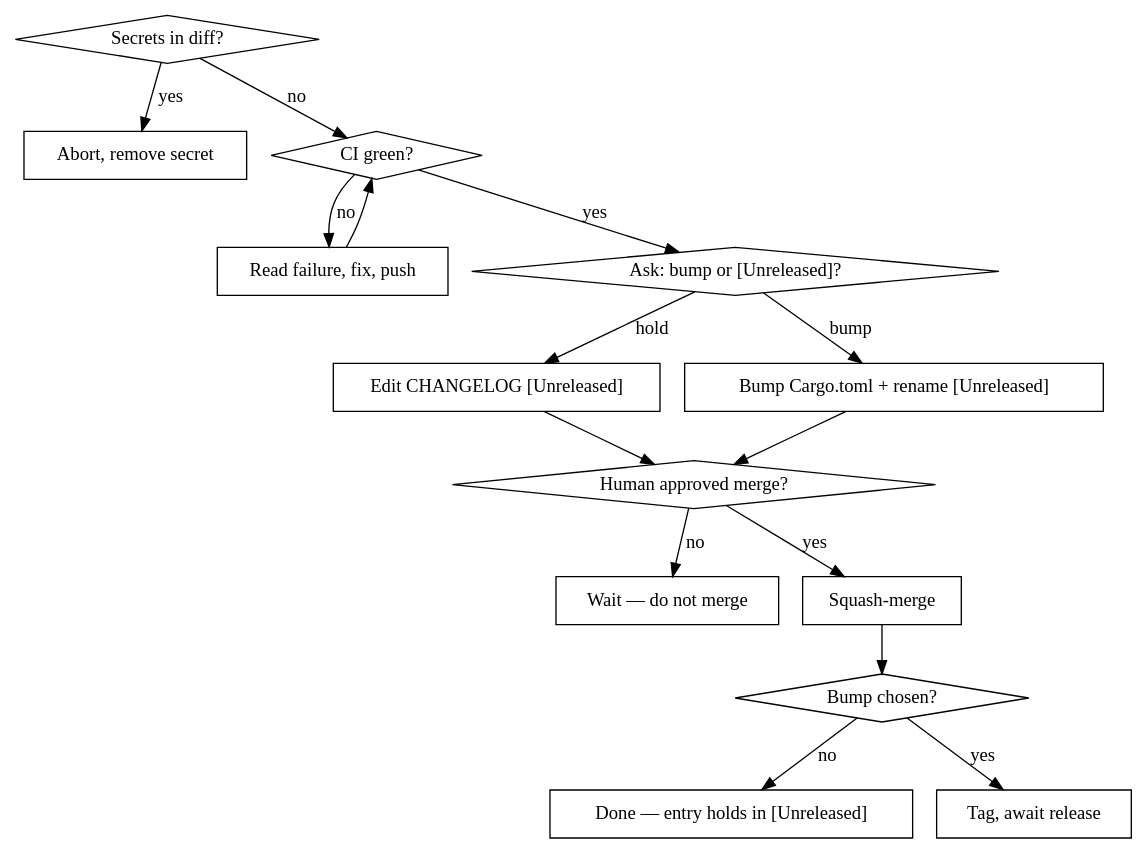
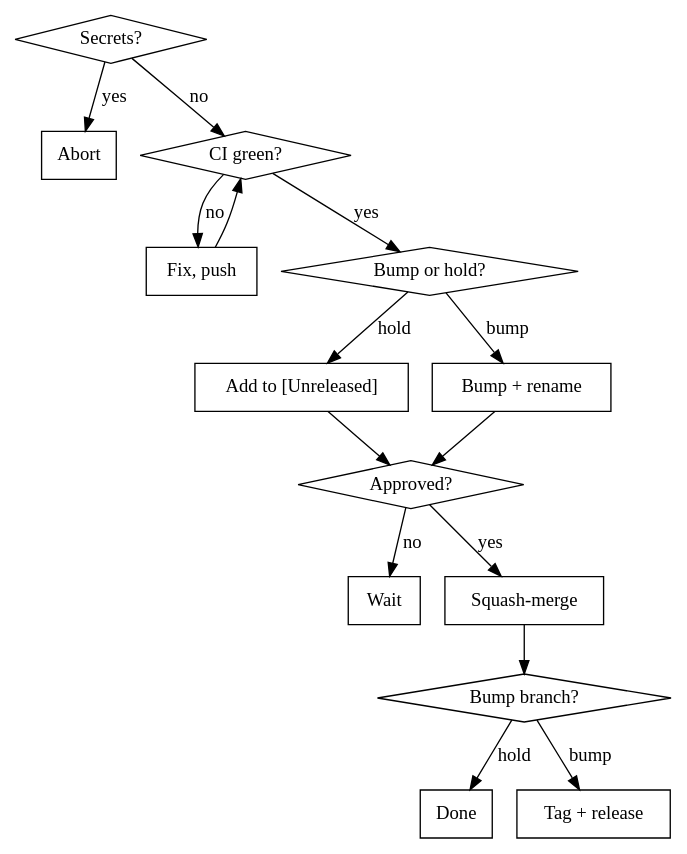
Before and after one commit to Fullstop000/ignis: the diagram in .claude/skills/ship/SKILL.md, drawn with Graphviz. The commit also changed other lines of this file, not shown here.

````diff
--- a/.claude/skills/ship/SKILL.md
+++ b/.claude/skills/ship/SKILL.md
@@ -22,32 +20,28 @@
 ```dot
 digraph ship {
-    "Secrets in diff?" [shape=diamond];
-    "Abort, remove secret" [shape=box];
-    "CI green?" [shape=diamond];
-    "Read failure, fix, push" [shape=box];
-    "Ask: bump or [Unreleased]?" [shape=diamond];
-    "Edit CHANGELOG [Unreleased]" [shape=box];
-    "Bump Cargo.toml + rename [Unreleased]" [shape=box];
-    "Human approved merge?" [shape=diamond];
-    "Wait — do not merge" [shape=box];
+    "Secrets?" [shape=diamond]; "Abort" [shape=box];
+    "CI green?" [shape=diamond]; "Fix, push" [shape=box];
+    "Bump or hold?" [shape=diamond];
+    "Add to [Unreleased]" [shape=box];
+    "Bump + rename" [shape=box];
+    "Approved?" [shape=diamond]; "Wait" [shape=box];
     "Squash-merge" [shape=box];
-    "Bump chosen?" [shape=diamond];
-    "Done — entry holds in [Unreleased]" [shape=box];
-    "Tag, await release" [shape=box];
+    "Bump branch?" [shape=diamond];
+    "Done" [shape=box]; "Tag + release" [shape=box];
 
-    "Secrets in diff?" -> "Abort, remove secret" [label="yes"];
-    "Secrets in diff?" -> "CI green?" [label="no"];
-    "CI green?" -> "Read failure, fix, push" [label="no"];
-    "Read failure, fix, push" -> "CI green?";
-    "CI green?" -> "Ask: bump or [Unreleased]?" [label="yes"];
-    "Ask: bump or [Unreleased]?" -> "Edit CHANGELOG [Unreleased]" [label="hold"];
-    "Ask: bump or [Unreleased]?" -> "Bump Cargo.toml + rename [Unreleased]" [label="bump"];
-    "Edit CHANGELOG [Unreleased]" -> "Human approved merge?";
-    "Bump Cargo.toml + rename [Unreleased]" -> "Human approved merge?";
-    "Human approved merge?" -> "Wait — do not merge" [label="no"];
-    "Human approved merge?" -> "Squash-merge" [label="yes"];
-    "Squash-merge" -> "Bump chosen?";
-    "Bump chosen?" -> "Done — entry holds in [Unreleased]" [label="no"];
-    "Bump chosen?" -> "Tag, await release" [label="yes"];
+    "Secrets?" -> "Abort" [label="yes"];
+    "Secrets?" -> "CI green?" [label="no"];
+    "CI green?" -> "Fix, push" [label="no"];
+    "Fix, push" -> "CI green?";
+    "CI green?" -> "Bump or hold?" [label="yes"];
+    "Bump or hold?" -> "Add to [Unreleased]" [label="hold"];
+    "Bump or hold?" -> "Bump + rename" [label="bump"];
+    "Add to [Unreleased]" -> "Approved?";
+    "Bump + rename" -> "Approved?";
+    "Approved?" -> "Wait" [label="no"];
+    "Approved?" -> "Squash-merge" [label="yes"];
+    "Squash-merge" -> "Bump branch?";
+    "Bump branch?" -> "Done" [label="hold"];
+    "Bump branch?" -> "Tag + release" [label="bump"];
 }
 ```
````
